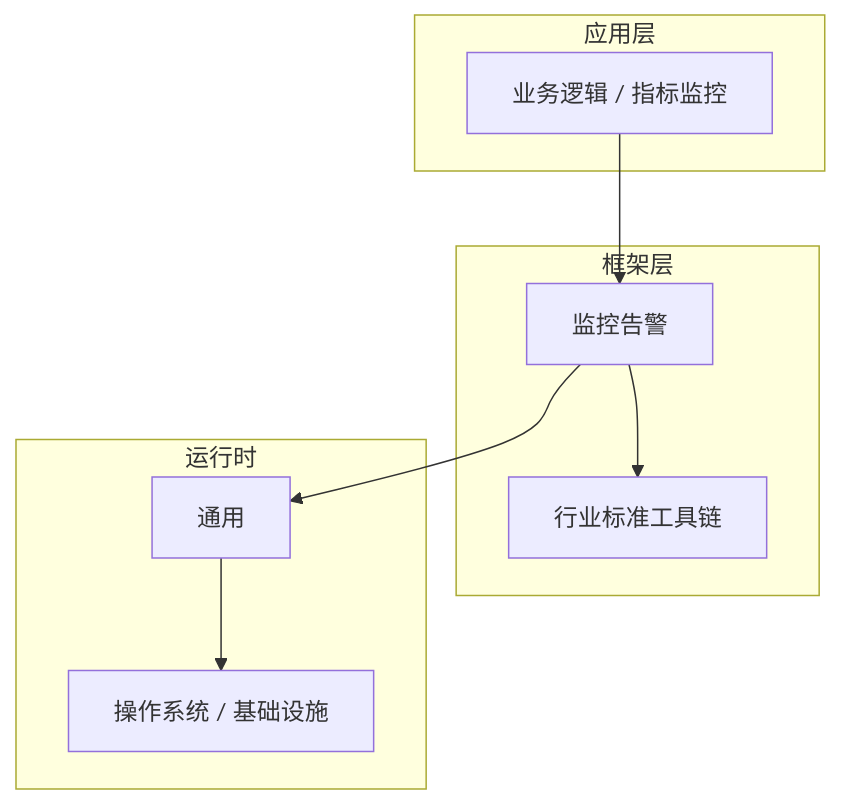
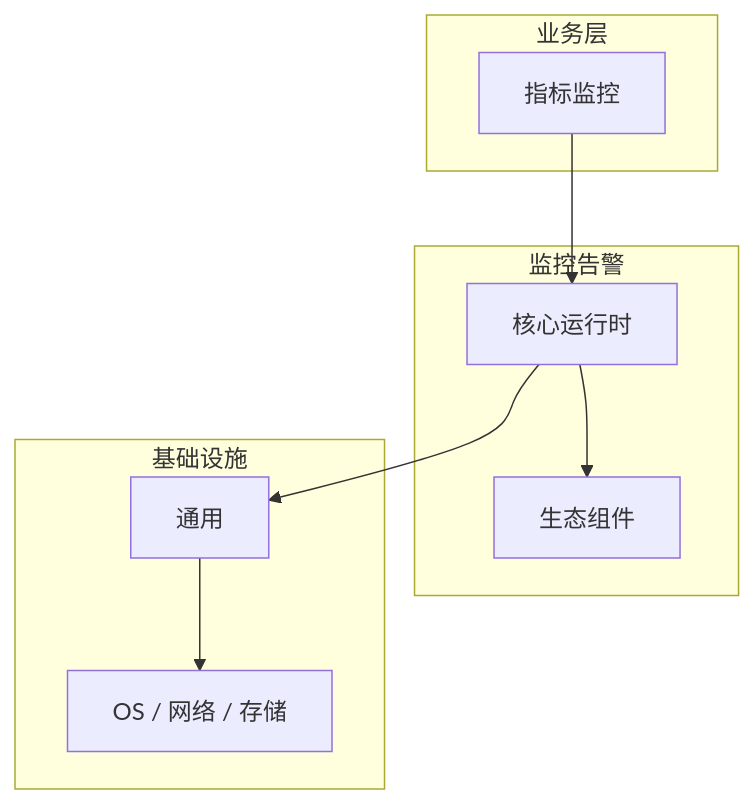
The diagram in articles/监控告警/chapters/007-指标监控核心概念与原理.md (yanggan2015/knowledge-json-v2), drawn with Mermaid before and after one commit. The commit also changed other lines of this file and 10127 other files, not shown here.

````diff
--- a/articles/监控告警/chapters/007-指标监控核心概念与原理.md
+++ b/articles/监控告警/chapters/007-指标监控核心概念与原理.md
@@ -45,18 +34,18 @@
 ```mermaid
 graph TB
-    subgraph 应用层
-        A[业务逻辑 / 指标监控]
+    subgraph 业务层
+        A[指标监控]
     end
-    subgraph 框架层
-        B[监控告警]
-        C[行业标准工具链]
+    subgraph 监控告警
+        B[核心运行时]
+        C[生态组件]
     end
-    subgraph 运行时
+    subgraph 基础设施
         D[通用]
-        E[操作系统 / 基础设施]
+        E[OS / 网络 / 存储]
     end
     A --> B
     B --> C
     B --> D
     D --> E
 ```
````
